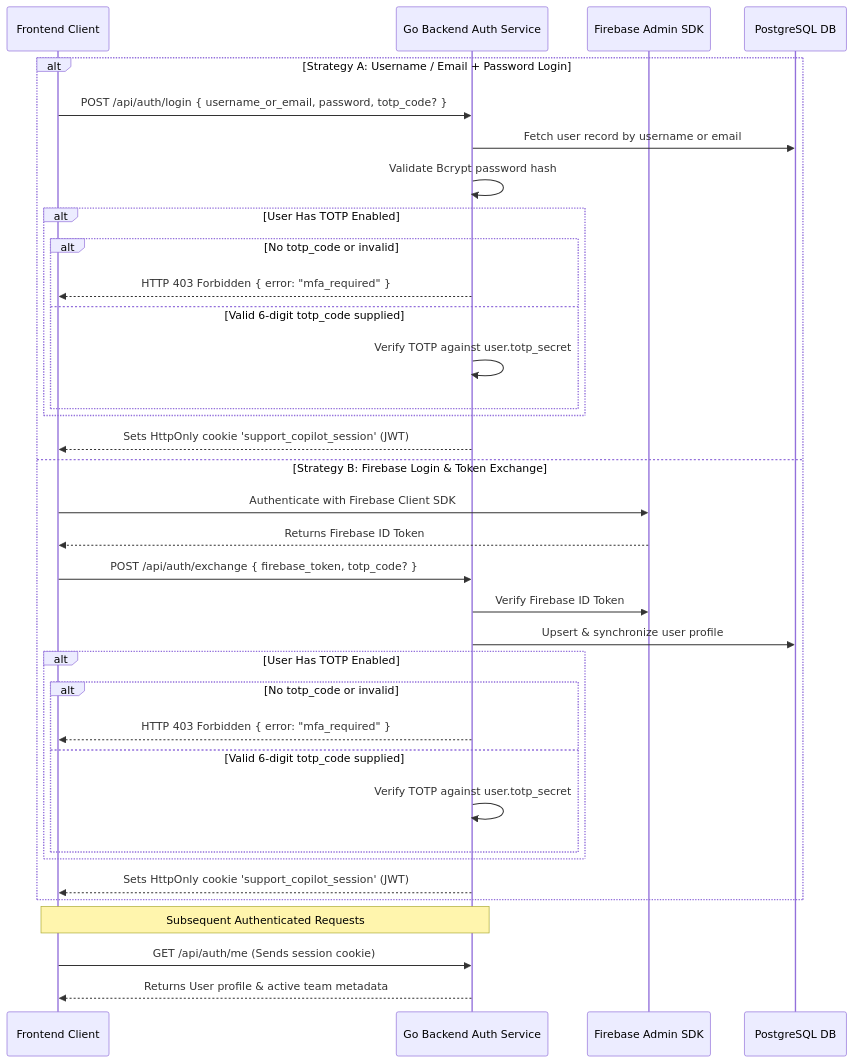
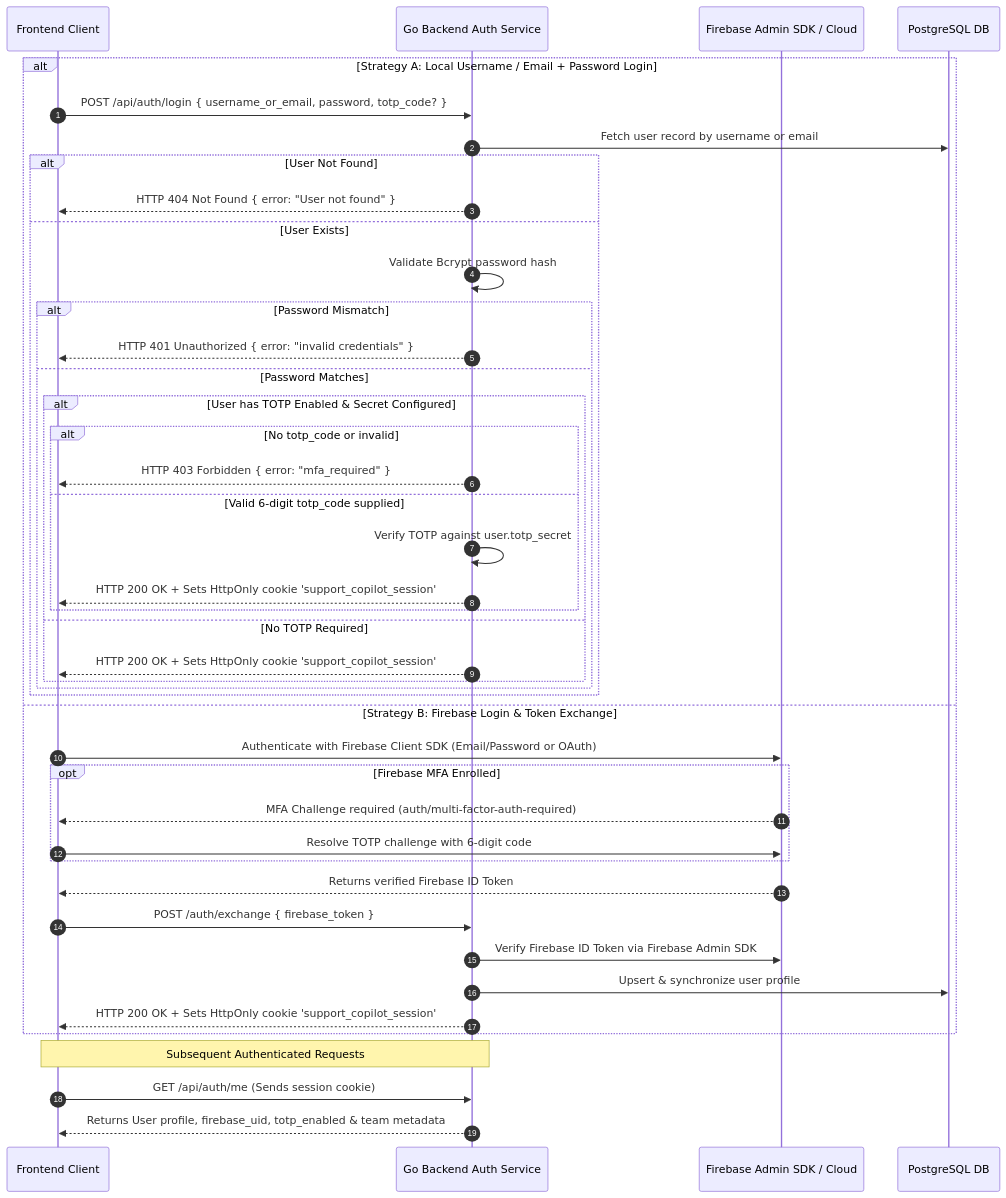
Before and after one commit to WillieBam/support-copilot: the first of 3 diagrams in doc/auth.md, drawn with Mermaid. The commit also changed other lines of this file, not shown here.

Commit message:
chore: update auth md

````diff
--- a/doc/auth.md
+++ b/doc/auth.md
@@ -27,39 +26,48 @@
 ```mermaid
 sequenceDiagram
+    autonumber
     participant Client as Frontend Client
     participant Auth as Go Backend Auth Service
-    participant FB as Firebase Admin SDK
+    participant FB as Firebase Admin SDK / Cloud
     participant DB as PostgreSQL DB
 
-    alt Strategy A: Username / Email + Password Login
+    alt Strategy A: Local Username / Email + Password Login
         Client->>Auth: POST /api/auth/login { username_or_email, password, totp_code? }
         Auth->>DB: Fetch user record by username or email
-        Auth->>Auth: Validate Bcrypt password hash
-        alt User Has TOTP Enabled
-            alt No totp_code or invalid
-                Auth-->>Client: HTTP 403 Forbidden { error: "mfa_required" }
-            else Valid 6-digit totp_code supplied
-                Auth->>Auth: Verify TOTP against user.totp_secret
+        alt User Not Found
+            Auth-->>Client: HTTP 404 Not Found { error: "User not found" }
+        else User Exists
+            Auth->>Auth: Validate Bcrypt password hash
+            alt Password Mismatch
+                Auth-->>Client: HTTP 401 Unauthorized { error: "invalid credentials" }
+            else Password Matches
+                alt User has TOTP Enabled & Secret Configured
+                    alt No totp_code or invalid
+                        Auth-->>Client: HTTP 403 Forbidden { error: "mfa_required" }
+                    else Valid 6-digit totp_code supplied
+                        Auth->>Auth: Verify TOTP against user.totp_secret
+                        Auth-->>Client: HTTP 200 OK + Sets HttpOnly cookie 'support_copilot_session'
+                    end
+                else No TOTP Required
+                    Auth-->>Client: HTTP 200 OK + Sets HttpOnly cookie 'support_copilot_session'
+                end
             end
         end
-        Auth-->>Client: Sets HttpOnly cookie 'support_copilot_session' (JWT)
+
     else Strategy B: Firebase Login & Token Exchange
-        Client->>FB: Authenticate with Firebase Client SDK
-        FB-->>Client: Returns Firebase ID Token
-        Client->>Auth: POST /api/auth/exchange { firebase_token, totp_code? }
-        Auth->>FB: Verify Firebase ID Token
+        Client->>FB: Authenticate with Firebase Client SDK (Email/Password or OAuth)
+        opt Firebase MFA Enrolled
+            FB-->>Client: MFA Challenge required (auth/multi-factor-auth-required)
+            Client->>FB: Resolve TOTP challenge with 6-digit code
+        end
+        FB-->>Client: Returns verified Firebase ID Token
+        Client->>Auth: POST /auth/exchange { firebase_token }
+        Auth->>FB: Verify Firebase ID Token via Firebase Admin SDK
         Auth->>DB: Upsert & synchronize user profile
-        alt User Has TOTP Enabled
-            alt No totp_code or invalid
-                Auth-->>Client: HTTP 403 Forbidden { error: "mfa_required" }
-            else Valid 6-digit totp_code supplied
-                Auth->>Auth: Verify TOTP against user.totp_secret
-            end
-        end
-        Auth-->>Client: Sets HttpOnly cookie 'support_copilot_session' (JWT)
+        Auth-->>Client: HTTP 200 OK + Sets HttpOnly cookie 'support_copilot_session'
     end
 
     Note over Client,Auth: Subsequent Authenticated Requests
     Client->>Auth: GET /api/auth/me (Sends session cookie)
-    Auth-->>Client: Returns User profile & active team metadata
+    Auth-->>Client: Returns User profile, firebase_uid, totp_enabled & team metadata
 ```
````
